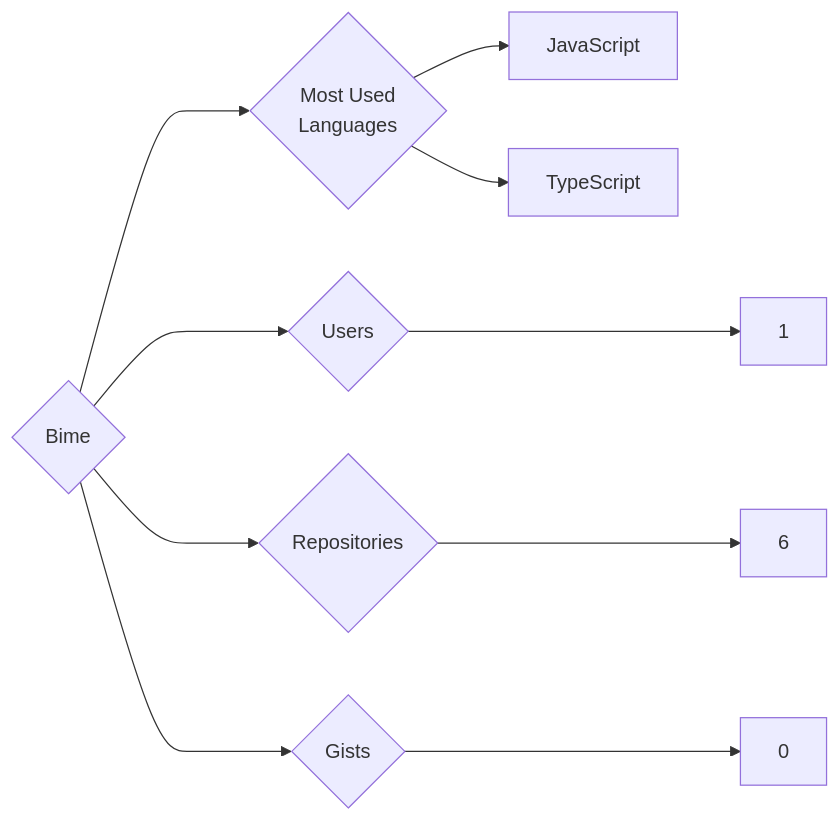
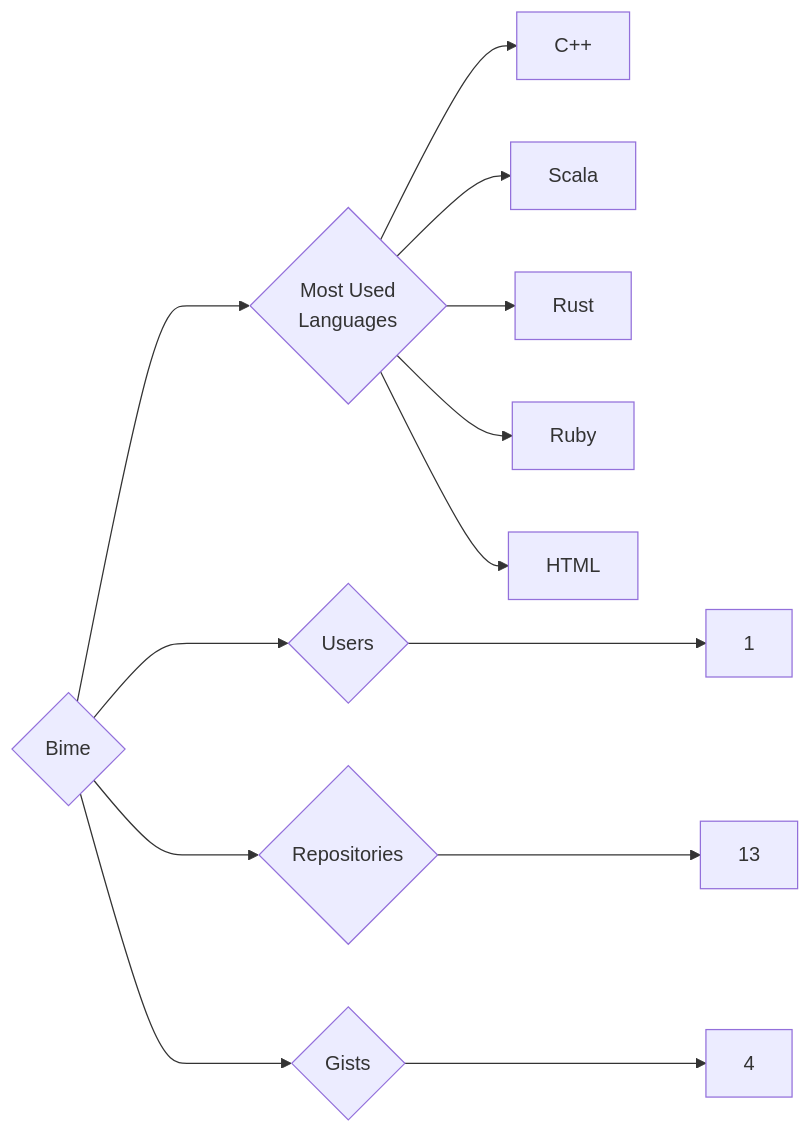
Before and after one commit to trickest/insiders: the diagram in targets/Bime/README.md, drawn with Mermaid. The commit also changed 1055 other files, not shown here.

````diff
--- a/targets/Bime/README.md
+++ b/targets/Bime/README.md
@@ -3,10 +3,13 @@
 ```mermaid
 graph LR
 COMPANY_NAME{Bime}
 COMPANY_NAME ---> U{Users} ---> UN[1]
-COMPANY_NAME ---> R{Repositories} ---> RN[6]
-COMPANY_NAME ---> G{Gists} ---> GN[0]
+COMPANY_NAME ---> R{Repositories} ---> RN[13]
+COMPANY_NAME ---> G{Gists} ---> GN[4]
 COMPANY_NAME ---> ML{Most Used<br>Languages}
-ML --> JavaScript[JavaScript]
-ML --> TypeScript[TypeScript]
+ML --> C++[C++]
+ML --> Scala[Scala]
+ML --> Rust[Rust]
+ML --> Ruby[Ruby]
+ML --> HTML[HTML]
 ```
````
